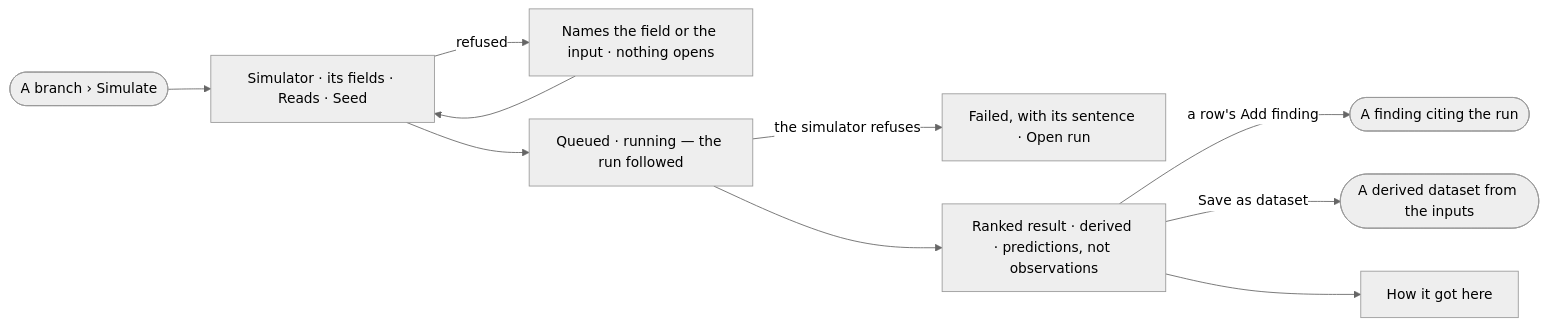
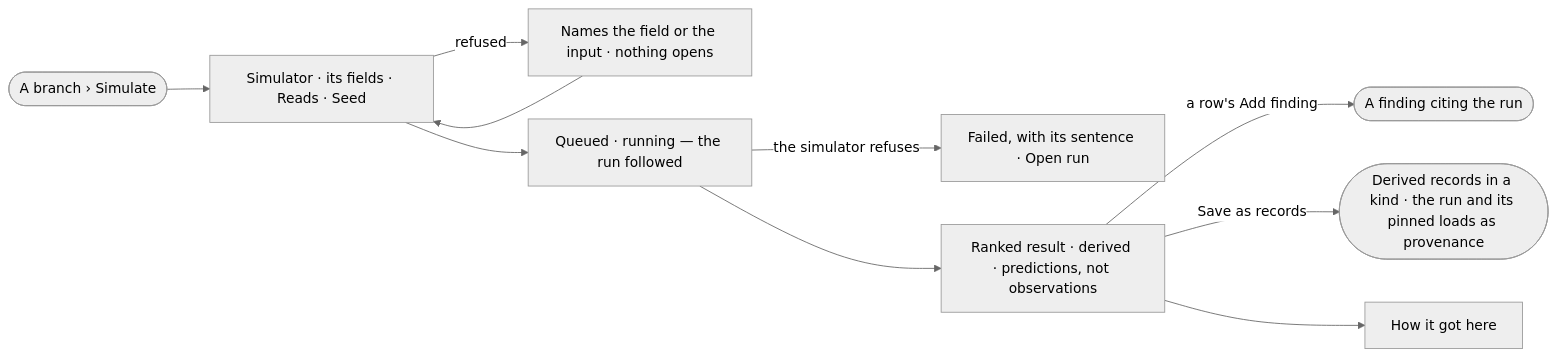
The diagram in specs/capabilities/projects/features/PJ-F04-simulation-and-impact/stories/PJ-09-simulate-before-committing/story.md (invana/invana), drawn with Mermaid (neutral theme) before and after one commit. The commit also changed other lines of this file and 637 other files, not shown here.

````diff
--- a/specs/capabilities/projects/features/PJ-F04-simulation-and-impact/stories/PJ-09-simulate-before-committing/story.md
+++ b/specs/capabilities/projects/features/PJ-F04-simulation-and-impact/stories/PJ-09-simulate-before-committing/story.md
@@ -26,11 +26,11 @@
 ```mermaid
 flowchart LR
   s([A branch › Simulate]) --> f["Simulator · its fields · Reads · Seed"]
   f -->|refused| r["Names the field or the input · nothing opens"] --> f
   f --> q["Queued · running — the run followed"]
   q -->|the simulator refuses| x["Failed, with its sentence · Open run"]
   q --> res["Ranked result · derived · predictions, not observations"]
   res -->|a row's Add finding| fd(["A finding citing the run"])
-  res -->|Save as dataset| ds(["A derived dataset from the inputs"])
+  res -->|Save as records| ds(["Derived records in a kind · the run and its pinned loads as provenance"])
   res --> how["How it got here"]
 ```
````
